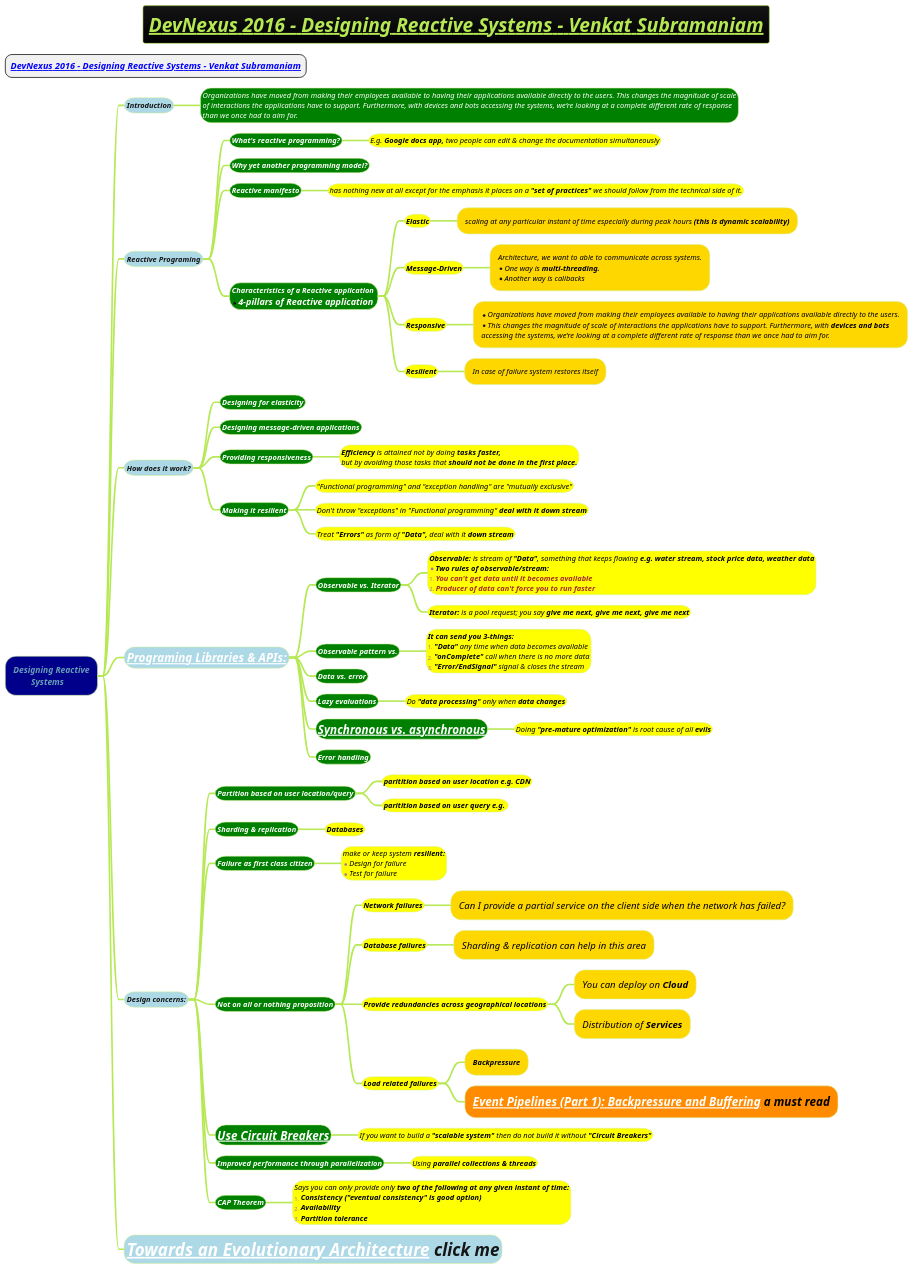
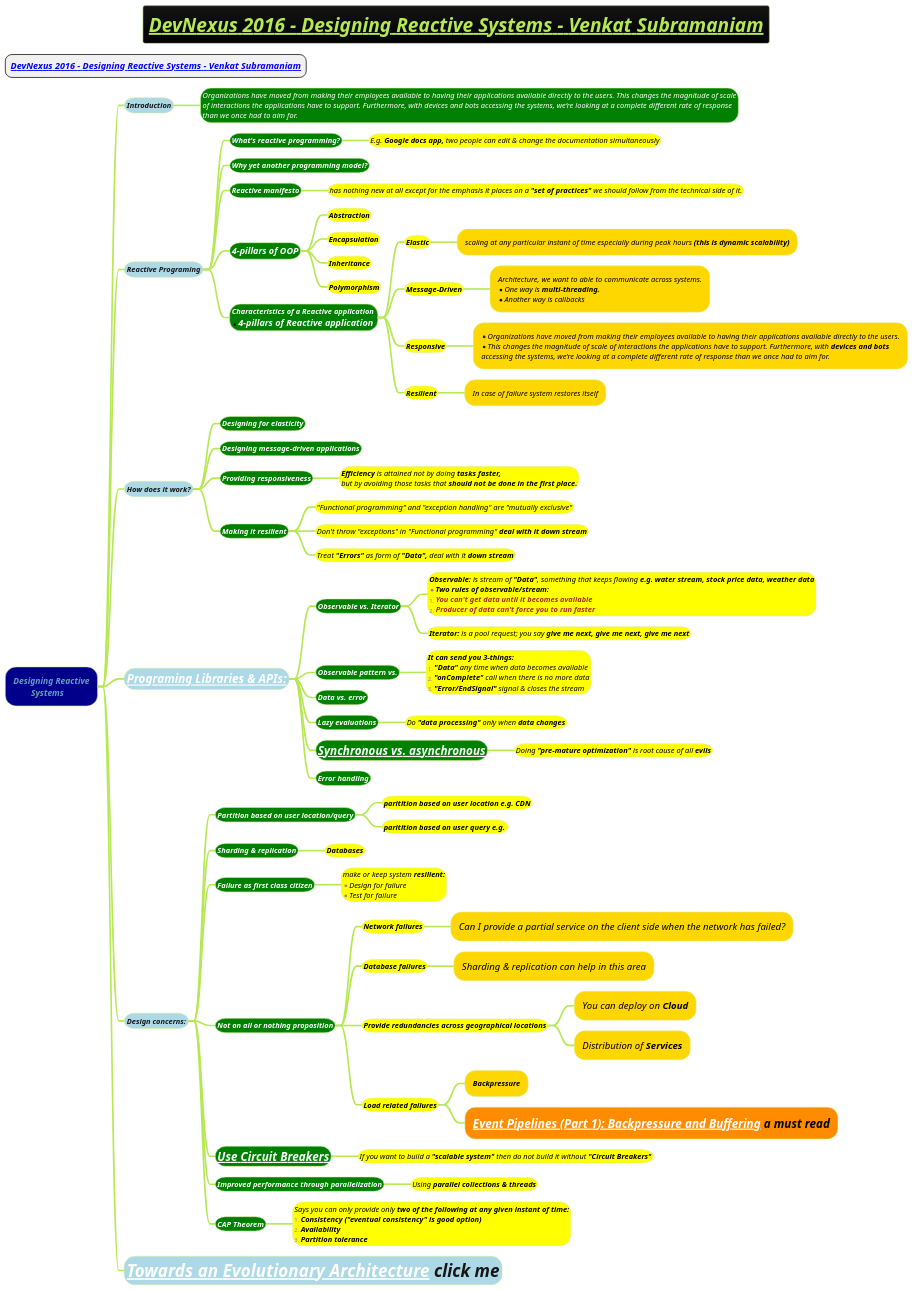
One commit to MehmoodHashmi/Documentation-as-Code-DaC changed the diagram in docs/3-programming-languages/Venkat-Subramaniam/Designing-Reactive-Systems.puml. Above: the diagram before and after it, drawn with PlantUML.

```diff
--- a/docs/3-programming-languages/Venkat-Subramaniam/Designing-Reactive-Systems.puml
+++ b/docs/3-programming-languages/Venkat-Subramaniam/Designing-Reactive-Systems.puml
@@ -1,86 +1,91 @@
 @startmindmap
 title =<i><b><u>DevNexus 2016 - Designing Reactive Systems - Venkat Subramaniam
 
 * ===<i><b>[[https://www.youtube.com/watch?v=2k76zO2Q6vg&t=7003s&ab_channel=devnexus DevNexus 2016 - Designing Reactive Systems - Venkat Subramaniam]]
 !theme hacker
 
 *[#darkblue] <i>Designing Reactive\n<i>\tSystems
 **[#lightblue] <i><color #blac><size:14>Introduction
 ***[#green]:<i><color #white><size:14>Organizations have moved from making their employees available to having their applications available directly to the users. This changes the magnitude of scale
 <i><color #white><size:14>of interactions the applications have to support. Furthermore, with devices and bots accessing the systems, we’re looking at a complete different rate of response
 <i><color #white><size:14>than we once had to aim for.;
 
 **[#lightblue] <i><color #blac><size:14>Reactive Programing
 ***[#green] <i><color #white><size:14><b>What's reactive programming?
 ****[#yellow] <i><color #black><size:14>E.g. **Google docs app,** two people can edit & change the documentation simultaneously
 ***[#green] <i><color #white><size:14><b>Why yet another programming model?
 ***[#green] <i><color #white><size:14><b>Reactive manifesto
 ****[#yellow] <i><color #black><size:14>has nothing new at all except for the emphasis it places on a <b>"set of practices"</b> we should follow from the technical side of it.
+***[#green] <i><color #white><size:14><i><color #white><size:17><b>4-pillars of OOP
+****[#yellow] <b><i><color #black><size:14>Abstraction
+****[#yellow] <b><i><color #black><size:14>Encapsulation
+****[#yellow] <b><i><color #black><size:14>Inheritance
+****[#yellow] <b><i><color #black><size:14>Polymorphism
 ***[#green] <i><color #white><size:14><b>Characteristics of a Reactive application \n*<i><color #white><size:17><b>4-pillars of Reactive application
 ****[#yellow] <b><i><color #black><size:14>Elastic
 *****[#gold] <i><color #black><size:14>scaling at any particular instant of time especially during peak hours <b>(this is dynamic scalability)
 ****[#yellow] <b><i><color #black><size:14>Message-Driven
 *****[#gold]:<i><color #black><size:14>Architecture, we want to able to communicate across systems.
 *<i><color #black><size:14>One way is <b>multi-threading.
 *<i><color #black><size:14>Another way is callbacks;
 ****[#yellow] <b><i><color #black><size:14>Responsive
 *****[#gold]:*<i><color #black><size:14>Organizations have moved from making their employees available to having their applications available directly to the users.
 *<i><color #black><size:14>This changes the magnitude of scale of interactions the applications have to support. Furthermore, with <b>devices and bots
 <i><color #black><size:14>accessing the systems, we’re looking at a complete different rate of response than we once had to aim for.;
 ****[#yellow] <b><i><color #black><size:14>Resilient
 *****[#gold] <i><color #black><size:14>In case of failure system restores itself
 **[#lightblue] <i><color #blac><size:14>How does it work?
 ***[#green] <i><color #white><size:14><b>Designing for elasticity
 ***[#green] <i><color #white><size:14><b>Designing message-driven applications
 ***[#green] <i><color #white><size:14><b>Providing responsiveness
 ****[#yellow] <i><color #black><size:14><b>Efficiency</b> is attained not by doing <b>tasks faster,\n<i><color #black><size:14>but by avoiding those tasks that <b>should not be done in the first place.
 ***[#green] <i><color #white><size:14><b>Making it resilient
 ****[#yellow] <i><color #black><size:14>"Functional programming" and "exception handling" are "mutually exclusive"
 ****[#yellow] <i><color #black><size:14>Don't throw "exceptions" in "Functional programming" <b>deal with it down stream
 ****[#yellow] <i><color #black><size:14>Treat <b>"Errors"</b> as form of <b>"Data",</b> deal with it <b>down stream
 **[#lightblue] <i><color #blac><size:22>[[Reactive-Data-Stream.puml Programing Libraries & APIs:]]
 ***[#green] <i><color #white><size:14><b>Observable vs. Iterator
 ****[#yellow]:<i><color #black><size:14><b>Observable:</b> is stream of <b>"Data"</b>, something that keeps flowing <b>e.g. water stream, stock price data, weather data
 *<i><color #black><size:14><b>Two rules of observable/stream:
 #<i><color #brown><size:14><b>You can't get data until it becomes available
 #<i><color #brown><size:14><b>Producer of data can't force you to run faster;
 ****[#yellow] <i><color #black><size:14><b>Iterator:</b> is a pool request; you say <b>give me next, give me next, give me next
 ***[#green] <i><color #white><size:14><b>Observable pattern vs.
 ****[#yellow]:<i><color #black><size:14><b>It can send you 3-things:</b>
 #<i><color #black><size:14>**"Data"** any time when data becomes available
 #<i><color #black><size:14>**"onComplete"** call when there is no more data
 #<i><color #black><size:14>**"Error/EndSignal"** signal & closes the stream;
 
 ***[#green] <i><color #white><size:14><b>Data vs. error
 ***[#green] <i><color #white><size:14><b>Lazy evaluations
 ****[#yellow] <i><color #black><size:14>Do <b>"data processing"</b> only when <b>data changes
 ***[#green] <i><color #white><size:22><b>[[docs/3-programming-languages/Venkat-Subramaniam/Asynchronous-Programming-in-Java-Options-to-Choose-from.puml Synchronous vs. asynchronous]]
 ****[#yellow] <i><color #black><size:14>Doing <b>"pre-mature optimization"</b> is root cause of all <b>evils
 ***[#green] <i><color #white><size:14><b>Error handling
 **[#lightblue] <i><color #blac><size:14>Design concerns:
 ***[#green] <i><color #white><size:14><b>Partition based on user location/query
 ****[#yellow] <i><color #black><size:14><b>paritition based on user location e.g. CDN</b>
 ****[#yellow] <i><color #black><size:14><b>paritition based on user query e.g. </b>
 ***[#green] <i><color #white><size:14><b>Sharding & replication
 ****[#yellow] <i><color #black><size:14><b>Databases</b>
 ***[#green] <i><color #white><size:14><b>Failure as first class citizen
 ****[#yellow] <i><color #black><size:14>make or keep system <b>resilient:\n*<i><color #black><size:14>Design for failure\n*<i><color #black><size:14>Test for failure
 ***[#green] <i><color #white><size:14><b>Not on all or nothing proposition
 ****[#yellow] <i><color #black><size:14><b>Network failures</b>
 *****[#gold] <i><color #black><size:18>Can I provide a partial service on the client side when the network has failed?
 ****[#yellow] <i><color #black><size:14><b>Database failures</b>
 *****[#gold] <i><color #black><size:18>Sharding & replication can help in this area
 ****[#yellow] <i><color #black><size:14><b>Provide redundancies across geographical locations</b>
 *****[#gold] <i><color #black><size:18>You can deploy on <b>Cloud
 *****[#gold] <i><color #black><size:18>Distribution of <b>Services</b>
 ****[#yellow] <i><color #black><size:14><b>Load related failures</b>
 *****[#gold] <i><color #black><size:14><b>Backpressure</b>
 *****[#darkorange] <i><color #black><size:22><b>[[https://zendesk.engineering/event-pipelines-part-1-backpressure-and-buffering-1bba0ed3451e Event Pipelines (Part 1): Backpressure and Buffering]] a must read
 ***[#green] <i><color #white><size:22><b>[[docs/3-programming-languages/Venkat-Subramaniam/Circuit-Breaker.puml Use Circuit Breakers]]
 ****[#yellow] <i><color #black><size:14>If you want to build a <b>"scalable system"</b> then do not build it without <b>"Circuit Breakers"</b>
 ***[#green] <i><color #white><size:14><b>Improved performance through parallelization
 ****[#yellow] <i><color #black><size:14>Using <b>parallel collections & threads
 ***[#green] <i><color #white><size:14><b>CAP Theorem
 ****[#yellow] <i><color #black><size:14>Says you can only provide only <b>two of the following at any given instant of time:\n#<b><i><color #black><size:14>Consistency ("eventual consistency" is good option)\n#<b><i><color #black><size:14>Availability\n#<b><i><color #black><size:14>Partition tolerance
 **[#lightblue] <i><color #blac><size:32>[[docs/3-programming-languages/Venkat-Subramaniam/Towards-an-Evolutionary-Architecture.puml Towards an Evolutionary Architecture]] click me
 @endmindmap
```
